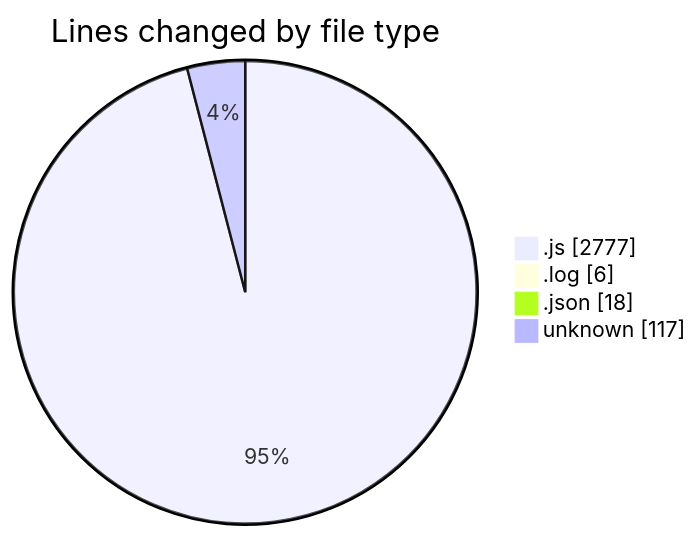
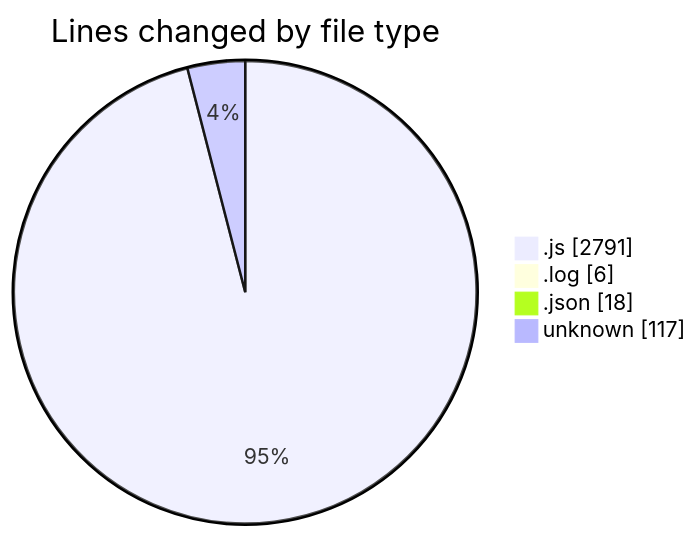
The first of 2 diagrams in 2025-03-31/jsvms/README.md (BS-eng2023/code-tracking), drawn with Mermaid before and after one commit. The commit also changed other lines of this file and 1 other file, not shown here.

````diff
--- a/2025-03-31/jsvms/README.md
+++ b/2025-03-31/jsvms/README.md
@@ -50,8 +50,8 @@
 ```mermaid
 pie showData
 title Lines changed by file type
-".js" : 2777
+".js" : 2791
 ".log" : 6
 ".json" : 18
 "unknown" : 117
 ```
````
